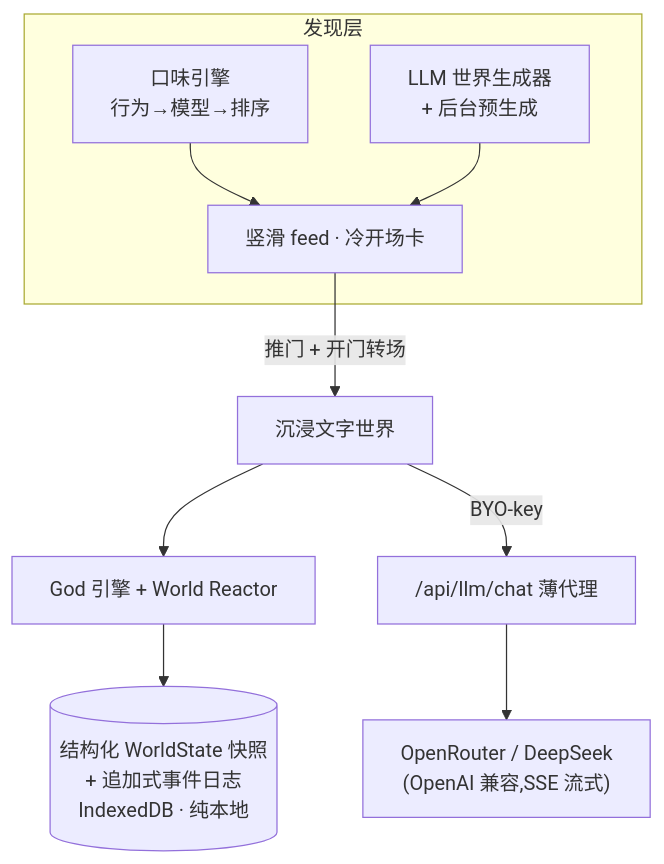
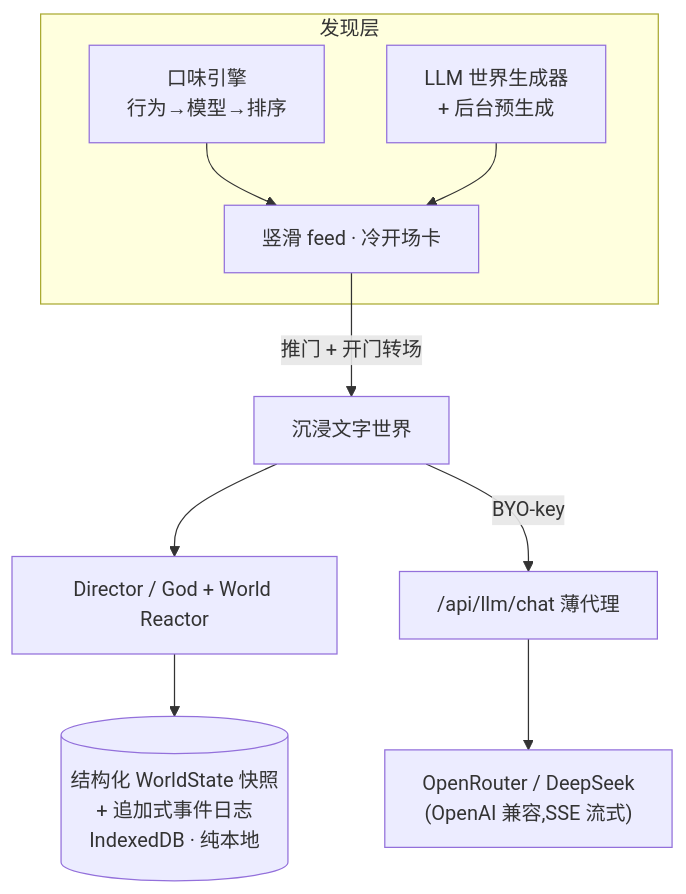
One commit to s-JoL/anywhere-door changed the second of 2 diagrams in README.md. Above: the diagram before and after it, drawn with Mermaid. The commit also changed other lines of this file and 6 other files, not shown here.

Commit message:
docs: align product design charter and roadmap

````diff
--- a/README.md
+++ b/README.md
@@ -141,12 +143,12 @@
 ```mermaid
 flowchart TB
   subgraph Discover["发现层"]
     Taste["口味引擎<br/>行为→模型→排序"] --> Feed["竖滑 feed · 冷开场卡"]
     Gen["LLM 世界生成器<br/>+ 后台预生成"] --> Feed
   end
   Feed -->|推门 + 开门转场| Play["沉浸文字世界"]
-  Play --> Engine["God 引擎 + World Reactor"]
+  Play --> Engine["Director / God + World Reactor"]
   Engine --> State[("结构化 WorldState 快照<br/>+ 追加式事件日志<br/>IndexedDB · 纯本地")]
   Play -->|BYO-key| Proxy["/api/llm/chat 薄代理"]
   Proxy --> LLM["OpenRouter / DeepSeek<br/>(OpenAI 兼容,SSE 流式)"]
 ```
````
